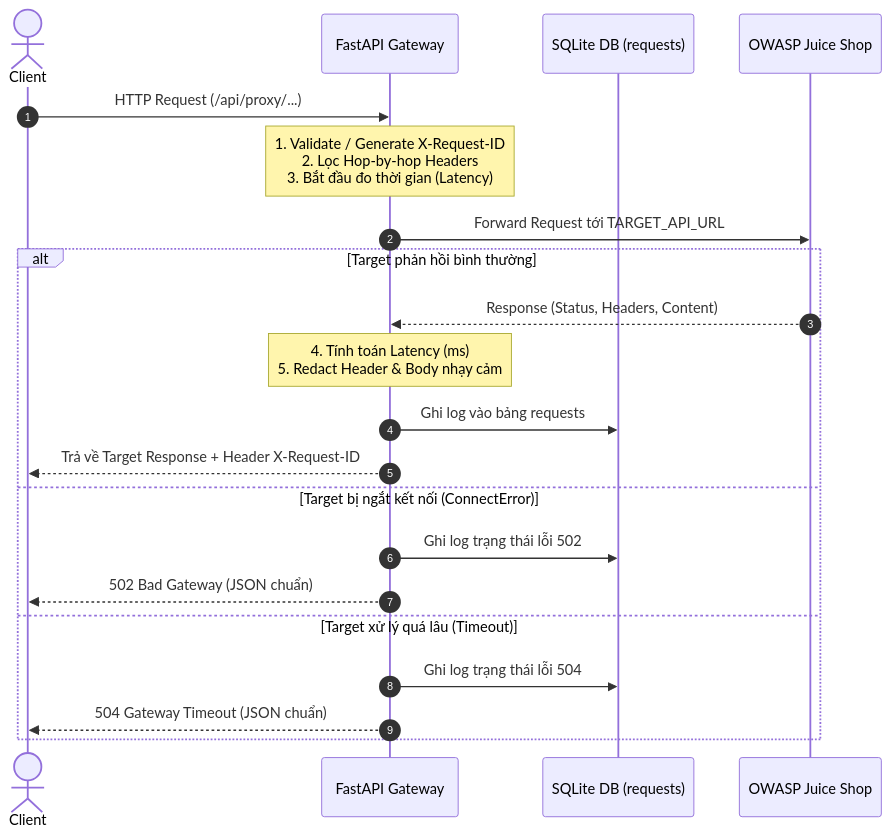
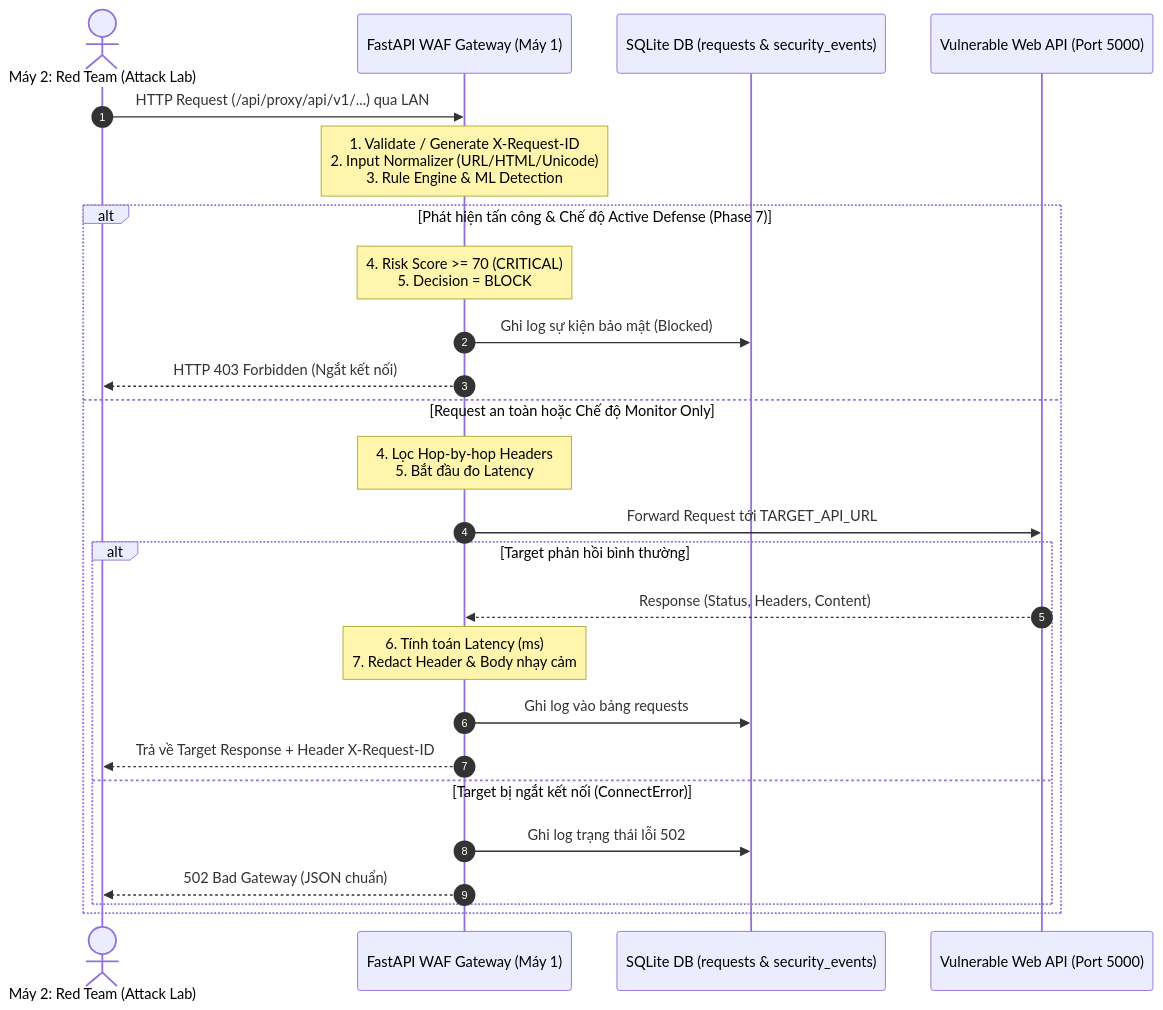
The diagram in docs/GATEWAY.md (vcongggggg/pbl6), drawn with Mermaid before and after one commit. The commit also changed other lines of this file and 7 other files, not shown here.

Commit message:
docs: update architecture to distributed 2-machine cyber range and in-house vulnerable-api

````diff
--- a/docs/GATEWAY.md
+++ b/docs/GATEWAY.md
@@ -23,24 +23,29 @@
 ```mermaid
 sequenceDiagram
     autonumber
-    actor Client
-    participant GW as FastAPI Gateway
-    participant DB as SQLite DB (requests)
-    participant Target as OWASP Juice Shop
+    actor Attacker as Máy 2: Red Team (Attack Lab)
+    participant GW as FastAPI WAF Gateway (Máy 1)
+    participant DB as SQLite DB (requests & security_events)
+    participant Target as Vulnerable Web API (Port 5000)
 
-    Client->>GW: HTTP Request (/api/proxy/...)
-    Note over GW: 1. Validate / Generate X-Request-ID<br/>2. Lọc Hop-by-hop Headers<br/>3. Bắt đầu đo thời gian (Latency)
-    GW->>Target: Forward Request tới TARGET_API_URL
-    alt Target phản hồi bình thường
-        Target-->>GW: Response (Status, Headers, Content)
-        Note over GW: 4. Tính toán Latency (ms)<br/>5. Redact Header & Body nhạy cảm
-        GW->>DB: Ghi log vào bảng requests
-        GW-->>Client: Trả về Target Response + Header X-Request-ID
-    else Target bị ngắt kết nối (ConnectError)
-        GW->>DB: Ghi log trạng thái lỗi 502
-        GW-->>Client: 502 Bad Gateway (JSON chuẩn)
-    else Target xử lý quá lâu (Timeout)
-        GW->>DB: Ghi log trạng thái lỗi 504
-        GW-->>Client: 504 Gateway Timeout (JSON chuẩn)
+    Attacker->>GW: HTTP Request (/api/proxy/api/v1/...) qua LAN
+    Note over GW: 1. Validate / Generate X-Request-ID<br/>2. Input Normalizer (URL/HTML/Unicode)<br/>3. Rule Engine & ML Detection
+    
+    alt Phát hiện tấn công & Chế độ Active Defense (Phase 7)
+        Note over GW: 4. Risk Score >= 70 (CRITICAL)<br/>5. Decision = BLOCK
+        GW->>DB: Ghi log sự kiện bảo mật (Blocked)
+        GW-->>Attacker: HTTP 403 Forbidden (Ngắt kết nối)
+    else Request an toàn hoặc Chế độ Monitor Only
+        Note over GW: 4. Lọc Hop-by-hop Headers<br/>5. Bắt đầu đo Latency
+        GW->>Target: Forward Request tới TARGET_API_URL
+        alt Target phản hồi bình thường
+            Target-->>GW: Response (Status, Headers, Content)
+            Note over GW: 6. Tính toán Latency (ms)<br/>7. Redact Header & Body nhạy cảm
+            GW->>DB: Ghi log vào bảng requests
+            GW-->>Attacker: Trả về Target Response + Header X-Request-ID
+        else Target bị ngắt kết nối (ConnectError)
+            GW->>DB: Ghi log trạng thái lỗi 502
+            GW-->>Attacker: 502 Bad Gateway (JSON chuẩn)
+        end
     end
 ```
````
